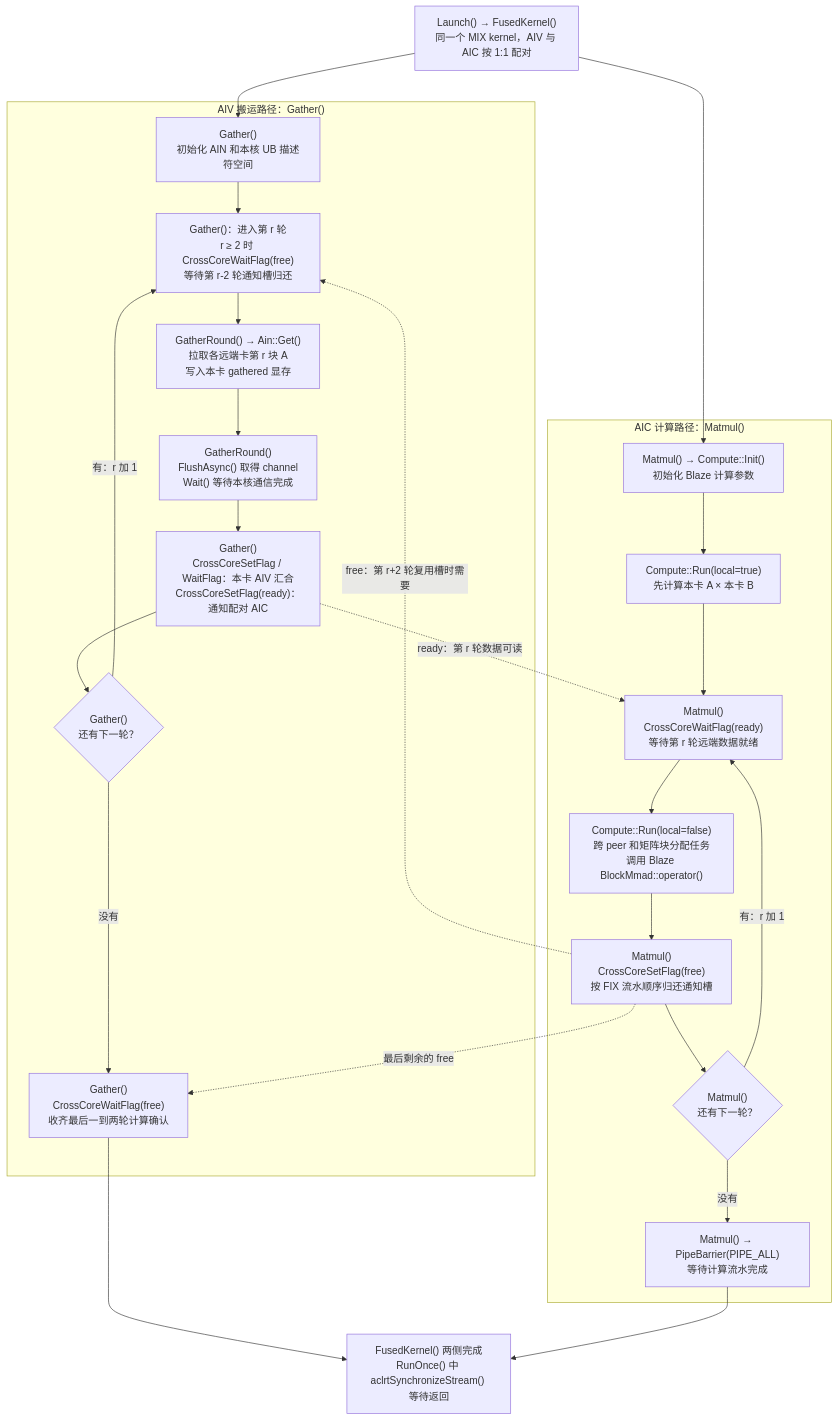
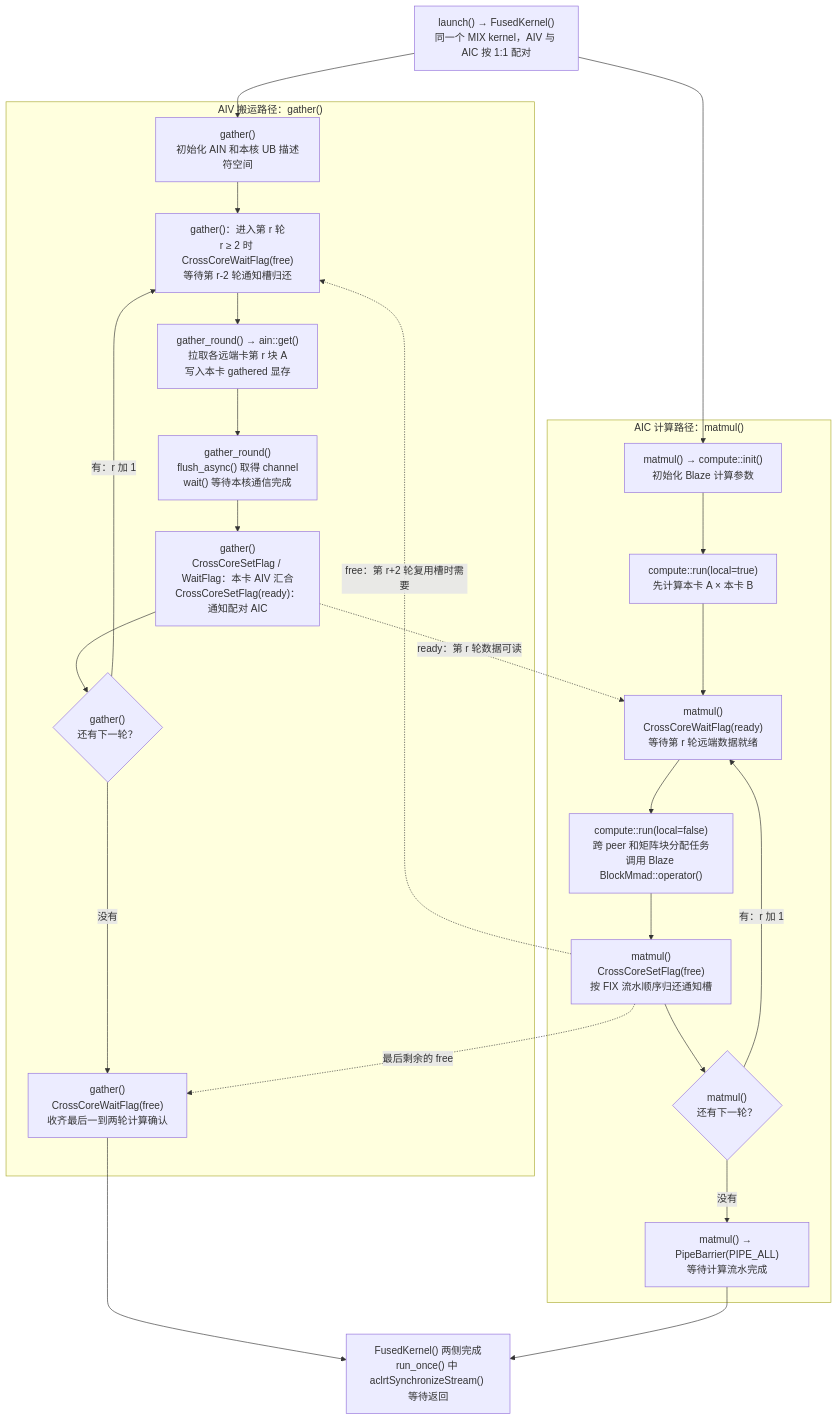
The second of 2 diagrams in examples/aicore/ain/02_all_gather_matmul/ain_blaze_agmm_flow.md (Atlas-Ascend-Fork/asc-comm), drawn with Mermaid before and after one commit. The commit also changed other lines of this file and 146 other files, not shown here.

````diff
--- a/examples/aicore/ain/02_all_gather_matmul/ain_blaze_agmm_flow.md
+++ b/examples/aicore/ain/02_all_gather_matmul/ain_blaze_agmm_flow.md
@@ -94,38 +94,38 @@
 ```mermaid
 flowchart TD
-    S["Launch() → FusedKernel()<br/>同一个 MIX kernel，AIV 与 AIC 按 1:1 配对"]
+    S["launch() → FusedKernel()<br/>同一个 MIX kernel，AIV 与 AIC 按 1:1 配对"]
 
-    subgraph COMM["AIV 搬运路径：Gather()"]
-        V0["Gather()<br/>初始化 AIN 和本核 UB 描述符空间"]
-        V1["Gather()：进入第 r 轮<br/>r ≥ 2 时 CrossCoreWaitFlag(free)<br/>等待第 r-2 轮通知槽归还"]
-        V2["GatherRound() → Ain::Get()<br/>拉取各远端卡第 r 块 A<br/>写入本卡 gathered 显存"]
-        V3["GatherRound()<br/>FlushAsync() 取得 channel<br/>Wait() 等待本核通信完成"]
-        V4["Gather()<br/>CrossCoreSetFlag / WaitFlag：本卡 AIV 汇合<br/>CrossCoreSetFlag(ready)：通知配对 AIC"]
-        V5{"Gather()<br/>还有下一轮？"}
-        V6["Gather()<br/>CrossCoreWaitFlag(free)<br/>收齐最后一到两轮计算确认"]
+    subgraph COMM["AIV 搬运路径：gather()"]
+        V0["gather()<br/>初始化 AIN 和本核 UB 描述符空间"]
+        V1["gather()：进入第 r 轮<br/>r ≥ 2 时 CrossCoreWaitFlag(free)<br/>等待第 r-2 轮通知槽归还"]
+        V2["gather_round() → ain::get()<br/>拉取各远端卡第 r 块 A<br/>写入本卡 gathered 显存"]
+        V3["gather_round()<br/>flush_async() 取得 channel<br/>wait() 等待本核通信完成"]
+        V4["gather()<br/>CrossCoreSetFlag / WaitFlag：本卡 AIV 汇合<br/>CrossCoreSetFlag(ready)：通知配对 AIC"]
+        V5{"gather()<br/>还有下一轮？"}
+        V6["gather()<br/>CrossCoreWaitFlag(free)<br/>收齐最后一到两轮计算确认"]
         V0 --> V1 --> V2 --> V3 --> V4 --> V5
         V5 -->|有：r 加 1| V1
         V5 -->|没有| V6
     end
 
-    subgraph CALC["AIC 计算路径：Matmul()"]
-        C0["Matmul() → Compute::Init()<br/>初始化 Blaze 计算参数"]
-        C1["Compute::Run(local=true)<br/>先计算本卡 A × 本卡 B"]
-        C2["Matmul()<br/>CrossCoreWaitFlag(ready)<br/>等待第 r 轮远端数据就绪"]
-        C3["Compute::Run(local=false)<br/>跨 peer 和矩阵块分配任务<br/>调用 Blaze BlockMmad::operator()"]
-        C4["Matmul()<br/>CrossCoreSetFlag(free)<br/>按 FIX 流水顺序归还通知槽"]
-        C5{"Matmul()<br/>还有下一轮？"}
-        C6["Matmul() → PipeBarrier(PIPE_ALL)<br/>等待计算流水完成"]
+    subgraph CALC["AIC 计算路径：matmul()"]
+        C0["matmul() → compute::init()<br/>初始化 Blaze 计算参数"]
+        C1["compute::run(local=true)<br/>先计算本卡 A × 本卡 B"]
+        C2["matmul()<br/>CrossCoreWaitFlag(ready)<br/>等待第 r 轮远端数据就绪"]
+        C3["compute::run(local=false)<br/>跨 peer 和矩阵块分配任务<br/>调用 Blaze BlockMmad::operator()"]
+        C4["matmul()<br/>CrossCoreSetFlag(free)<br/>按 FIX 流水顺序归还通知槽"]
+        C5{"matmul()<br/>还有下一轮？"}
+        C6["matmul() → PipeBarrier(PIPE_ALL)<br/>等待计算流水完成"]
         C0 --> C1 --> C2 --> C3 --> C4 --> C5
         C5 -->|有：r 加 1| C2
         C5 -->|没有| C6
     end
 
     S --> V0
     S --> C0
     V4 -.->|ready：第 r 轮数据可读| C2
     C4 -.->|free：第 r+2 轮复用槽时需要| V1
     C4 -.->|最后剩余的 free| V6
-    V6 --> E["FusedKernel() 两侧完成<br/>RunOnce() 中 aclrtSynchronizeStream() 等待返回"]
+    V6 --> E["FusedKernel() 两侧完成<br/>run_once() 中 aclrtSynchronizeStream() 等待返回"]
     C6 --> E
 ```
````
